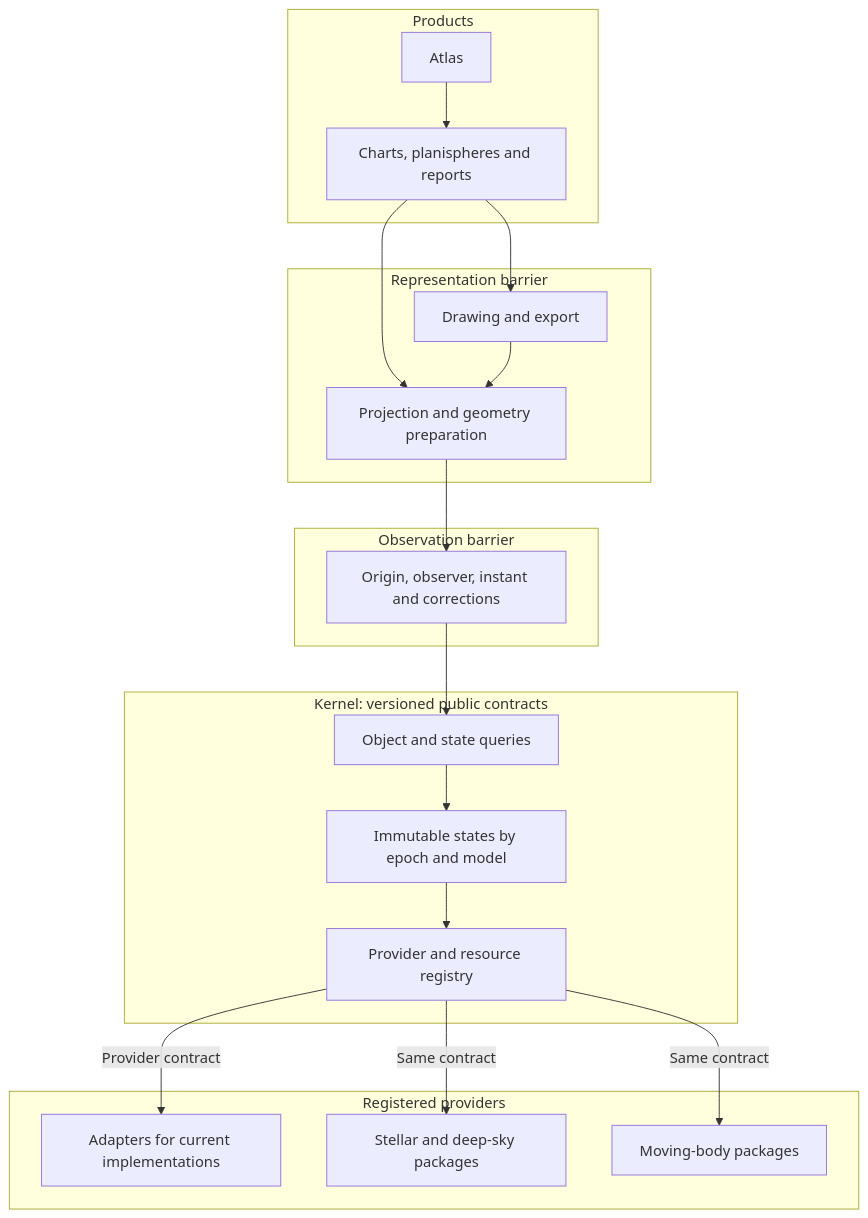
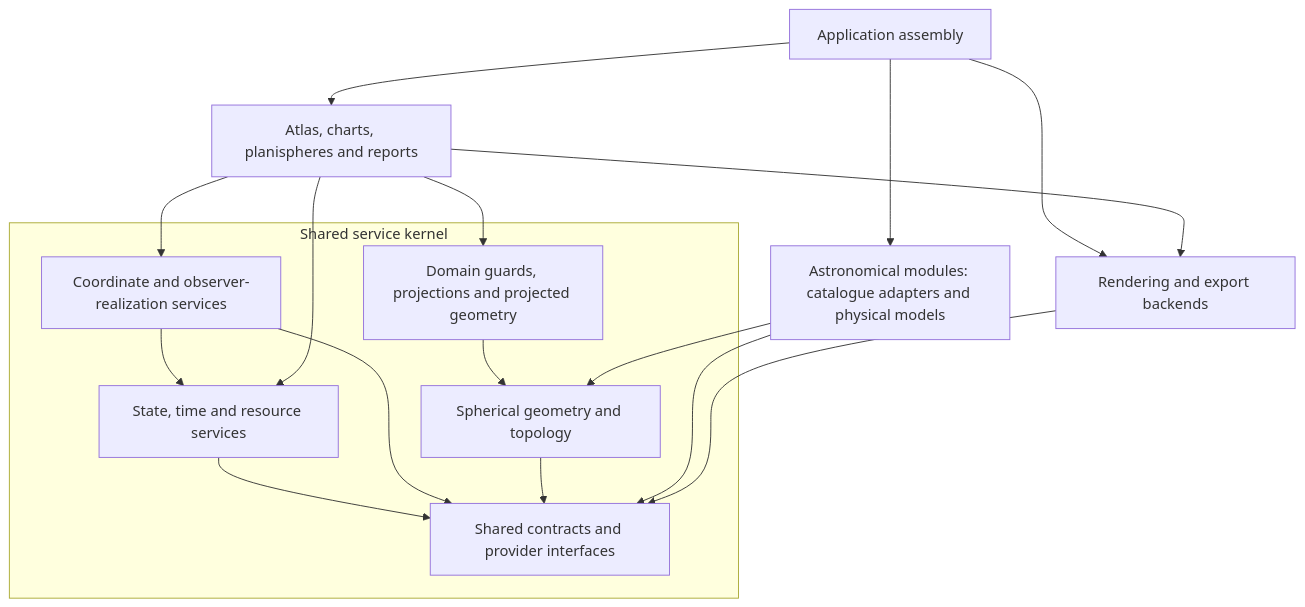
One commit to fselman/wenu changed the second of 2 diagrams in docs/developer/kernel_roadmap_v0.9.5.md. Above: the diagram before and after it, drawn with Mermaid. The commit also changed other lines of this file and 11 other files, not shown here.

Commit message:
Document agreed shared-service kernel boundary and preserve accepted K work

````diff
--- a/docs/developer/kernel_roadmap_v0.9.5.md
+++ b/docs/developer/kernel_roadmap_v0.9.5.md
@@ -176,35 +185,29 @@
 ```mermaid
 flowchart TB
-    subgraph Products["Products"]
-        A["Atlas"]
-        C["Charts, planispheres and reports"]
+    A["Application assembly"]
+    U["Atlas, charts, planispheres and reports"]
+    D["Astronomical modules: catalogue adapters and physical models"]
+    R["Rendering and export backends"]
+    subgraph Kernel["Shared service kernel"]
+        C["Shared contracts and provider interfaces"]
+        S["State, time and resource services"]
+        O["Coordinate and observer-realization services"]
+        G["Spherical geometry and topology"]
+        P["Domain guards, projections and projected geometry"]
+        S --> C
+        O --> C
+        O --> S
+        G --> C
+        P --> G
     end
-    subgraph Representation["Representation barrier"]
-        P["Projection and geometry preparation"]
-        R["Drawing and export"]
-    end
-    subgraph Observation["Observation barrier"]
-        O["Origin, observer, instant and corrections"]
-    end
-    subgraph Kernel["Kernel: versioned public contracts"]
-        K["Object and state queries"]
-        E["Immutable states by epoch and model"]
-        V["Provider and resource registry"]
-    end
-    subgraph Providers["Registered providers"]
-        L["Adapters for current implementations"]
-        S["Stellar and deep-sky packages"]
-        M["Moving-body packages"]
-    end
-    A --> C
-    C --> P
-    C --> R
-    R --> P
-    P --> O
-    O --> K
-    K --> E
-    E --> V
-    V -->|"Provider contract"| L
-    V -->|"Same contract"| S
-    V -->|"Same contract"| M
+    A --> U
+    A --> D
+    A --> R
+    U --> S
+    U --> O
+    U --> P
+    U --> R
+    D --> C
+    D --> G
+    R --> C
 ```
````
